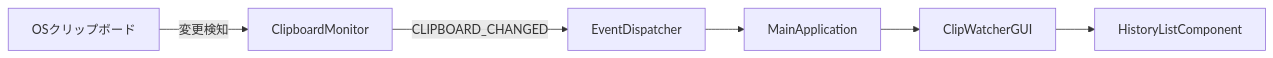
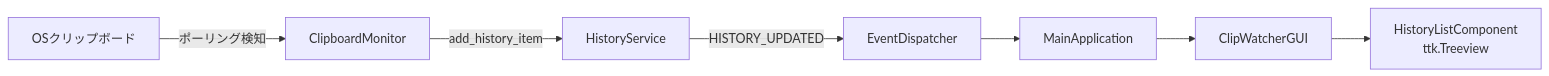
One commit to xzyozi/Clip_Watcher changed the diagram in docs/design/CLW-BD-001_ClipWatcher全体アーキテクチャ基本設計書.md. Above: the diagram before and after it, drawn with Mermaid. The commit also changed other lines of this file and 16 other files, not shown here.

````diff
--- a/docs/design/CLW-BD-001_ClipWatcher全体アーキテクチャ基本設計書.md
+++ b/docs/design/CLW-BD-001_ClipWatcher全体アーキテクチャ基本設計書.md
@@ -60,8 +64,9 @@
 ```mermaid
 flowchart LR
-    OS[OSクリップボード] -->|変更検知| Monitor[ClipboardMonitor]
-    Monitor -->|CLIPBOARD_CHANGED| Dispatcher[EventDispatcher]
+    OS[OSクリップボード] -->|ポーリング検知| Monitor[ClipboardMonitor]
+    Monitor -->|add_history_item| HistoryService[HistoryService]
+    HistoryService -->|HISTORY_UPDATED| Dispatcher[EventDispatcher]
     Dispatcher --> Application[MainApplication]
     Application --> GUI[ClipWatcherGUI]
-    GUI --> History[HistoryListComponent]
+    GUI --> Treeview[HistoryListComponent<br/>ttk.Treeview]
 ```
````
